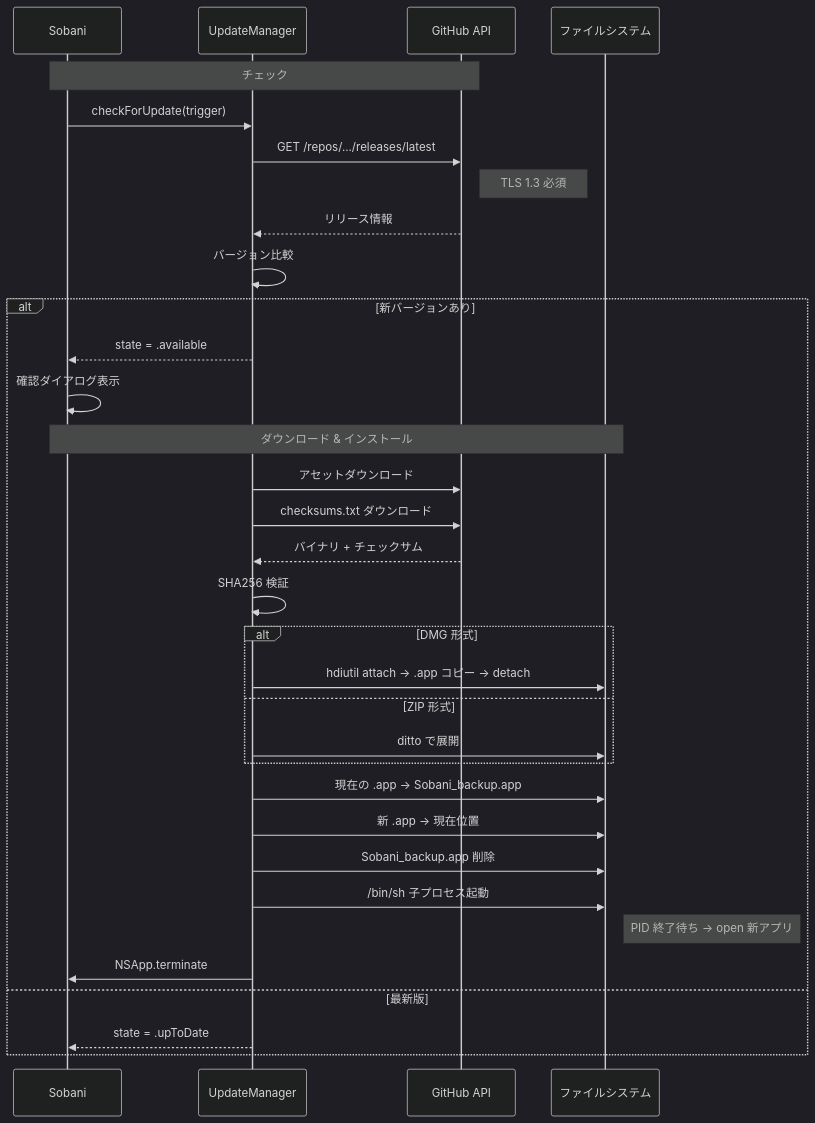
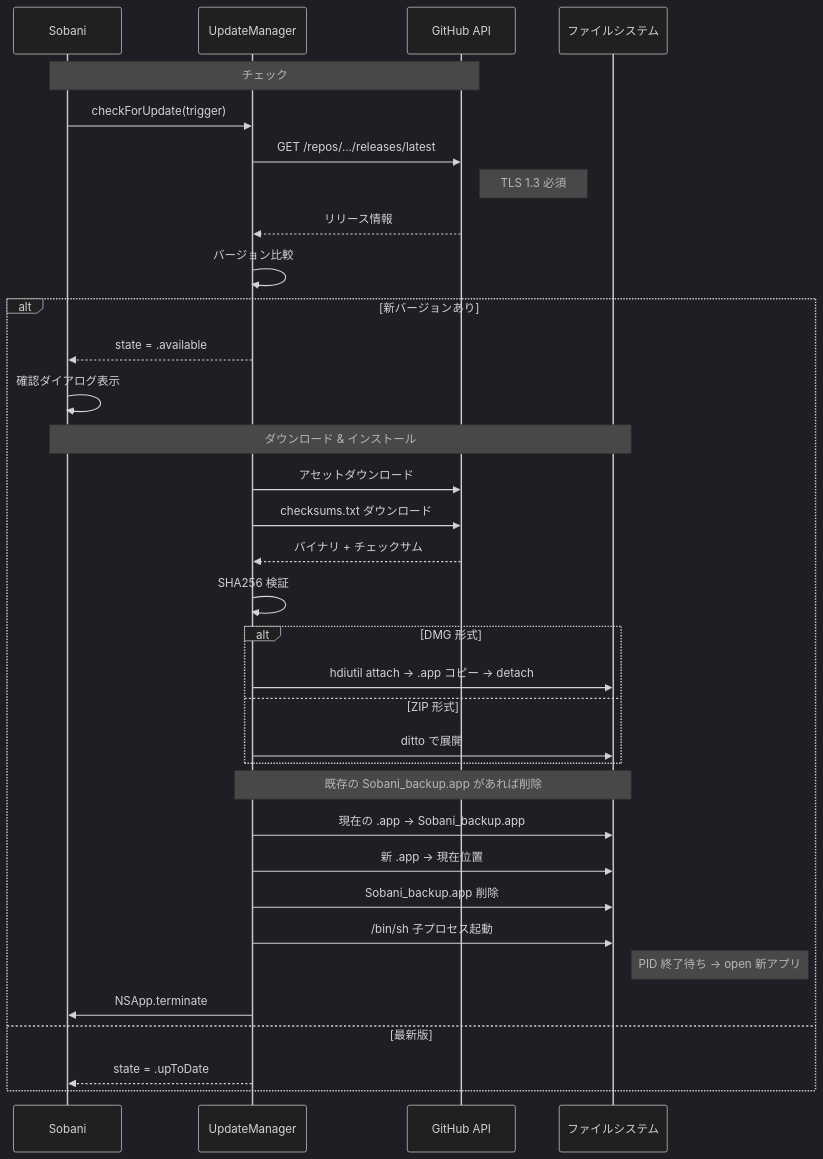
The second of 3 diagrams in docs/guide/update-and-restore.md (shiroemons/sobani), drawn with Mermaid (dark theme) before and after one commit. The commit also changed other lines of this file and 3 other files, not shown here.

````diff
--- a/docs/guide/update-and-restore.md
+++ b/docs/guide/update-and-restore.md
@@ -46,40 +46,41 @@
 ```mermaid
 sequenceDiagram
     participant App as Sobani
     participant UM as UpdateManager
     participant GH as GitHub API
     participant FS as ファイルシステム
 
     Note over App,GH: チェック
     App->>UM: checkForUpdate(trigger)
     UM->>GH: GET /repos/.../releases/latest
     Note right of GH: TLS 1.3 必須
     GH-->>UM: リリース情報
     UM->>UM: バージョン比較
 
     alt 新バージョンあり
         UM-->>App: state = .available
         App->>App: 確認ダイアログ表示
 
         Note over App,FS: ダウンロード & インストール
         UM->>GH: アセットダウンロード
         UM->>GH: checksums.txt ダウンロード
         GH-->>UM: バイナリ + チェックサム
         UM->>UM: SHA256 検証
 
         alt DMG 形式
             UM->>FS: hdiutil attach → .app コピー → detach
         else ZIP 形式
             UM->>FS: ditto で展開
         end
 
+        Note over UM,FS: 既存の Sobani_backup.app があれば削除
         UM->>FS: 現在の .app → Sobani_backup.app
         UM->>FS: 新 .app → 現在位置
         UM->>FS: Sobani_backup.app 削除
         UM->>FS: /bin/sh 子プロセス起動
         Note right of FS: PID 終了待ち → open 新アプリ
         UM->>App: NSApp.terminate
     else 最新版
         UM-->>App: state = .upToDate
     end
 ```
````
